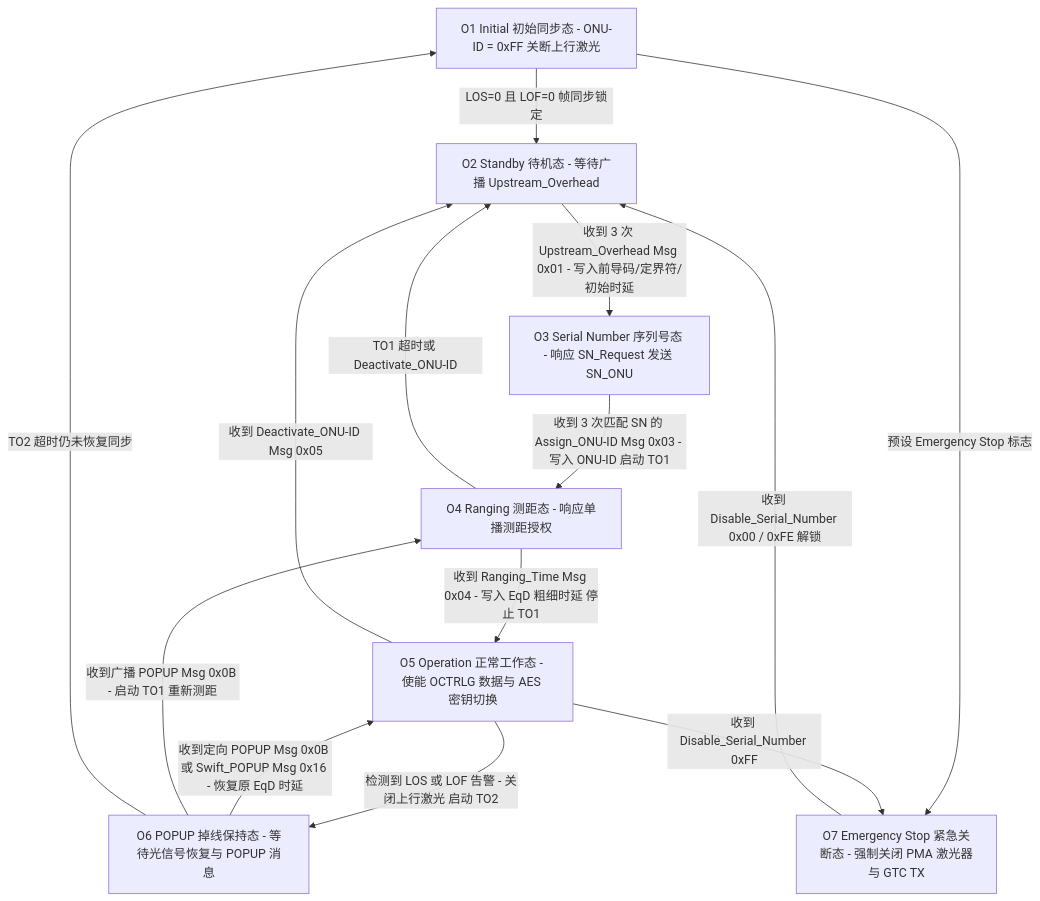
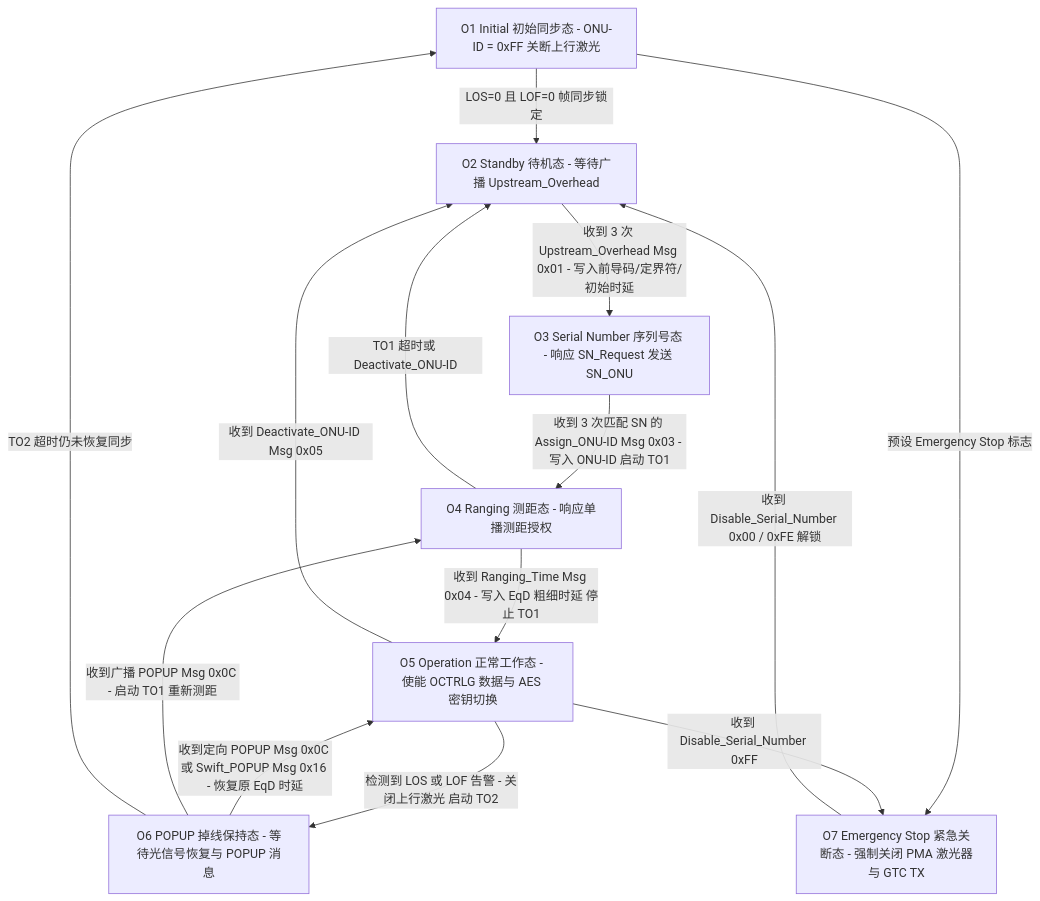
The diagram in 09_control_flow/01_ploam_statemachine.md (difanz/lantiq-falcon-s-docs), drawn with Mermaid before and after one commit. The commit also changed other lines of this file and 52 other files, not shown here.

````diff
--- a/09_control_flow/01_ploam_statemachine.md
+++ b/09_control_flow/01_ploam_statemachine.md
@@ -5,16 +7,16 @@
 ```mermaid
 flowchart TD
     O1["O1 Initial 初始同步态 - ONU-ID = 0xFF 关断上行激光"] -->|LOS=0 且 LOF=0 帧同步锁定| O2["O2 Standby 待机态 - 等待广播 Upstream_Overhead"]
     O1 -->|预设 Emergency Stop 标志| O7["O7 Emergency Stop 紧急关断态 - 强制关闭 PMA 激光器与 GTC TX"]
     O2 -->|收到 3 次 Upstream_Overhead Msg 0x01 - 写入前导码/定界符/初始时延| O3["O3 Serial Number 序列号态 - 响应 SN_Request 发送 SN_ONU"]
     O3 -->|收到 3 次匹配 SN 的 Assign_ONU-ID Msg 0x03 - 写入 ONU-ID 启动 TO1| O4["O4 Ranging 测距态 - 响应单播测距授权"]
     O4 -->|收到 Ranging_Time Msg 0x04 - 写入 EqD 粗细时延 停止 TO1| O5["O5 Operation 正常工作态 - 使能 OCTRLG 数据与 AES 密钥切换"]
     O4 -->|TO1 超时或 Deactivate_ONU-ID| O2
     O5 -->|检测到 LOS 或 LOF 告警 - 关闭上行激光 启动 TO2| O6["O6 POPUP 掉线保持态 - 等待光信号恢复与 POPUP 消息"]
     O5 -->|收到 Deactivate_ONU-ID Msg 0x05| O2
     O5 -->|收到 Disable_Serial_Number 0xFF| O7
-    O6 -->|收到定向 POPUP Msg 0x0B 或 Swift_POPUP Msg 0x16 - 恢复原 EqD 时延| O5
-    O6 -->|收到广播 POPUP Msg 0x0B - 启动 TO1 重新测距| O4
+    O6 -->|收到定向 POPUP Msg 0x0C 或 Swift_POPUP Msg 0x16 - 恢复原 EqD 时延| O5
+    O6 -->|收到广播 POPUP Msg 0x0C - 启动 TO1 重新测距| O4
     O6 -->|TO2 超时仍未恢复同步| O1
     O7 -->|收到 Disable_Serial_Number 0x00 / 0xFE 解锁| O2
 ```
````
